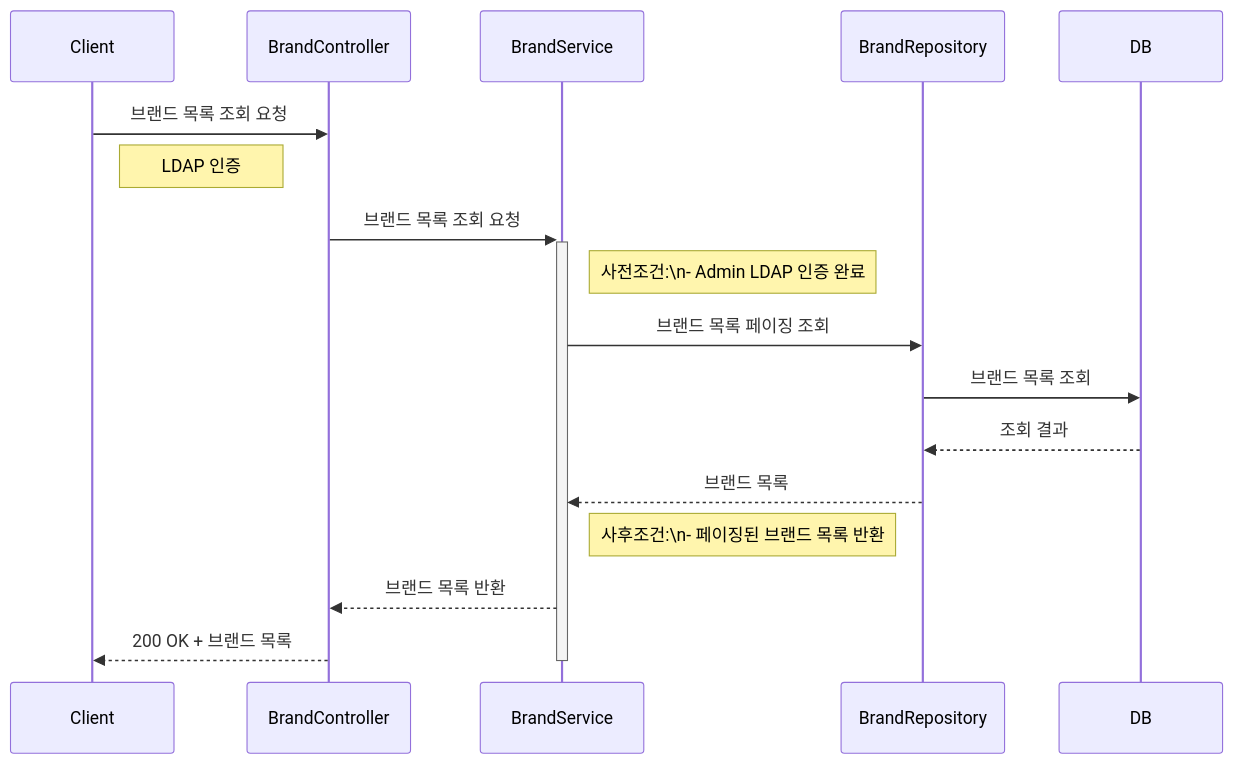
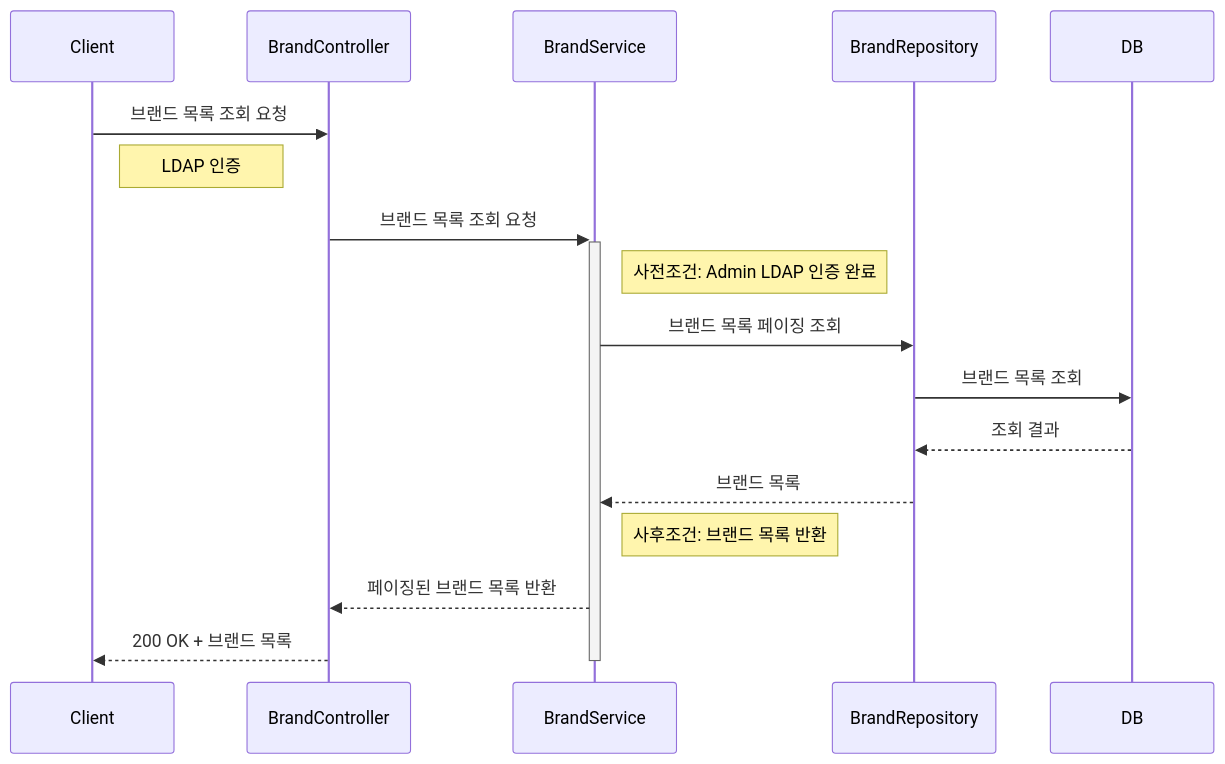
One commit to Loopers-dev-lab/loop-pack-be-l2-vol3-kotlin changed the second of 22 diagrams in docs/design/02-sequence-diagrams.md. Above: the diagram before and after it, drawn with Mermaid. The commit also changed other lines of this file, not shown here.

Commit message:
docs(design): 시퀀스 다이어그램 줄바꿈 제거

````diff
--- a/docs/design/02-sequence-diagrams.md
+++ b/docs/design/02-sequence-diagrams.md
@@ -48,25 +48,25 @@
 ```mermaid
 sequenceDiagram
     participant Client
     participant BrandController
     participant BrandService
     participant BrandRepository
     participant DB
 
     Client->>BrandController: 브랜드 목록 조회 요청
     Note right of Client: LDAP 인증
     BrandController->>+BrandService: 브랜드 목록 조회 요청
 
-    Note right of BrandService: 사전조건:\n- Admin LDAP 인증 완료
+    Note right of BrandService: 사전조건: Admin LDAP 인증 완료
 
     BrandService->>BrandRepository: 브랜드 목록 페이징 조회
     BrandRepository->>DB: 브랜드 목록 조회
     DB-->>BrandRepository: 조회 결과
     BrandRepository-->>BrandService: 브랜드 목록
 
-    Note right of BrandService: 사후조건:\n- 페이징된 브랜드 목록 반환
+    Note right of BrandService: 사후조건: 브랜드 목록 반환
 
-    BrandService-->>BrandController: 브랜드 목록 반환
+    BrandService-->>BrandController: 페이징된 브랜드 목록 반환
     BrandController-->>Client: 200 OK + 브랜드 목록
     deactivate BrandService
 ```
````
